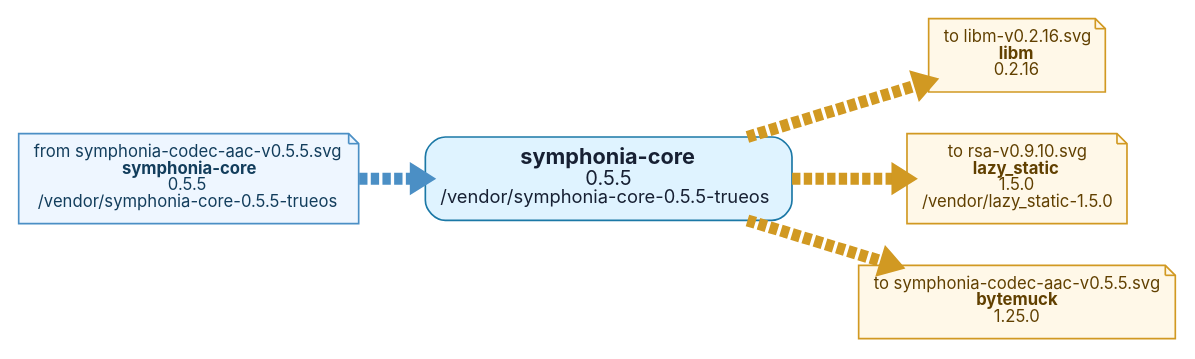
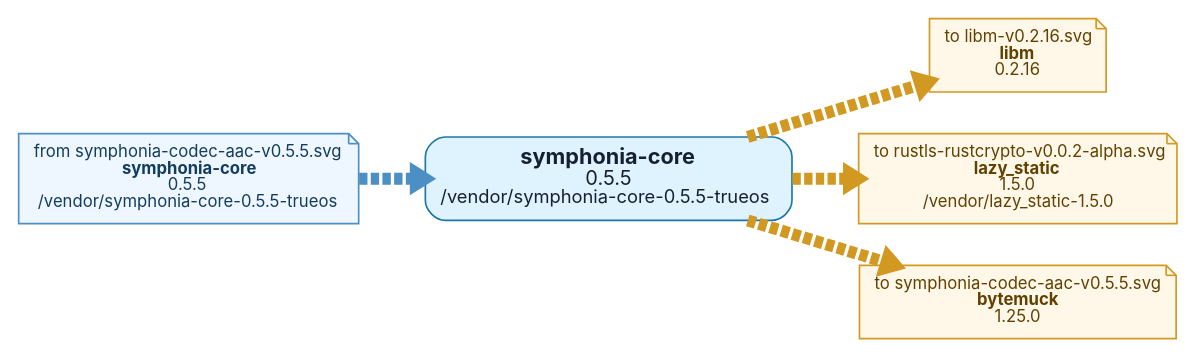
One commit to t4ce/TRUEOS changed the diagram in tools/depgraph/by-root/symphonia-core-v0.5.5.dot. Above: the diagram before and after it, drawn with Graphviz. The commit also changed 64 other files, not shown here.

```diff
--- a/tools/depgraph/by-root/symphonia-core-v0.5.5.dot
+++ b/tools/depgraph/by-root/symphonia-core-v0.5.5.dot
@@ -1,17 +1,17 @@
 digraph "symphonia-core-v0.5.5" {
   graph [rankdir=LR, bgcolor="white", overlap=false, splines=true, nodesep=0.35, ranksep=0.55];
   node [shape=box, style="rounded,filled", fontname="Inter,Arial", fontsize=10, margin="0.13,0.10", color="#8b9bb0", fillcolor="#f7f9fb", fontcolor="#172033"];
   edge [color="#9aa8b8", arrowsize=0.55, penwidth=7.2];
   n0 [label=<<FONT POINT-SIZE="13"><B>symphonia-core</B></FONT><BR/><FONT POINT-SIZE="12">0.5.5</FONT><BR/><FONT POINT-SIZE="11">/vendor/symphonia-core-0.5.5-trueos</FONT>>, fillcolor="#dff3ff", color="#1b78a6"];
   out0 [label=<to libm-v0.2.16.svg<BR/><B>libm</B><BR/>0.2.16>, shape=note, style="filled", fillcolor="#fff8e8", color="#d19922", fontcolor="#614000"];
   n0 -> out0 [style=dashed, color="#d19922"];
-  out1 [label=<to rsa-v0.9.10.svg<BR/><B>lazy_static</B><BR/>1.5.0<BR/>/vendor/lazy_static-1.5.0>, shape=note, style="filled", fillcolor="#fff8e8", color="#d19922", fontcolor="#614000"];
+  out1 [label=<to rustls-rustcrypto-v0.0.2-alpha.svg<BR/><B>lazy_static</B><BR/>1.5.0<BR/>/vendor/lazy_static-1.5.0>, shape=note, style="filled", fillcolor="#fff8e8", color="#d19922", fontcolor="#614000"];
   n0 -> out1 [style=dashed, color="#d19922"];
   out2 [label=<to symphonia-codec-aac-v0.5.5.svg<BR/><B>bytemuck</B><BR/>1.25.0>, shape=note, style="filled", fillcolor="#fff8e8", color="#d19922", fontcolor="#614000"];
   n0 -> out2 [style=dashed, color="#d19922"];
   in3 [label=<from symphonia-codec-aac-v0.5.5.svg<BR/><B>symphonia-core</B><BR/>0.5.5<BR/>/vendor/symphonia-core-0.5.5-trueos>, shape=note, style="filled", fillcolor="#eef6ff", color="#4b8fc5", fontcolor="#123d5c"];
   in3 -> n0 [style=dashed, color="#4b8fc5"];
   // collapsed leaf ends: 0
   // centered two-input leaves: 0
   // nested two-input leaves: 0
 }
```
